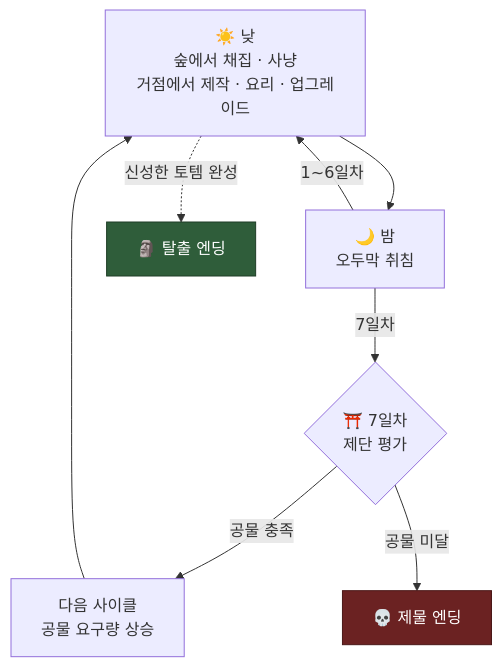
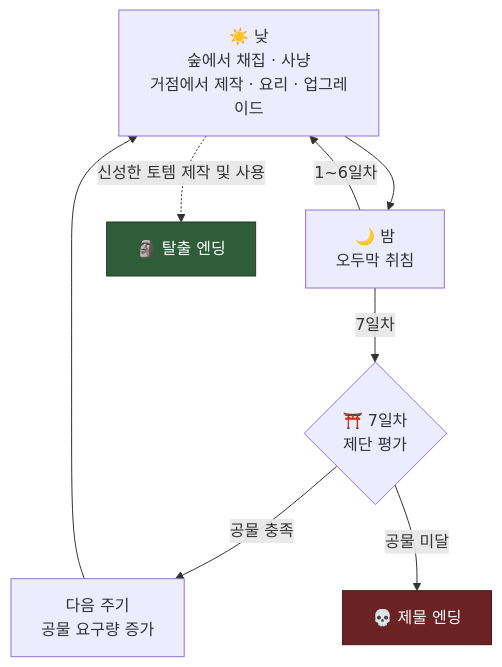
One commit to Devel-Rocket-ClassRoom/minigame-project-muchan918 changed the diagram in README.md. Above: the diagram before and after it, drawn with Mermaid. The commit also changed other lines of this file, not shown here.

````diff
--- a/README.md
+++ b/README.md
@@ -32,19 +35,19 @@
 ```mermaid
 flowchart TD
     Day["☀️ 낮<br>숲에서 채집 · 사냥<br>거점에서 제작 · 요리 · 업그레이드"]
     Night["🌙 밤<br>오두막 취침"]
     Altar{"⛩️ 7일차<br>제단 평가"}
-    Next["다음 사이클<br>공물 요구량 상승"]
+    Next["다음 주기<br>공물 요구량 증가"]
     Bad["💀 제물 엔딩"]
     Good["🗿 탈출 엔딩"]
 
     Day --> Night
     Night -->|1~6일차| Day
     Night -->|7일차| Altar
     Altar -->|공물 충족| Next --> Day
     Altar -->|공물 미달| Bad
-    Day -.->|신성한 토템 완성| Good
+    Day -.->|신성한 토템 제작 및 사용| Good
 
     style Good fill:#2f5d3a,stroke:#1f3d26,color:#fff
     style Bad fill:#6b2222,stroke:#4a1717,color:#fff
 ```
````
